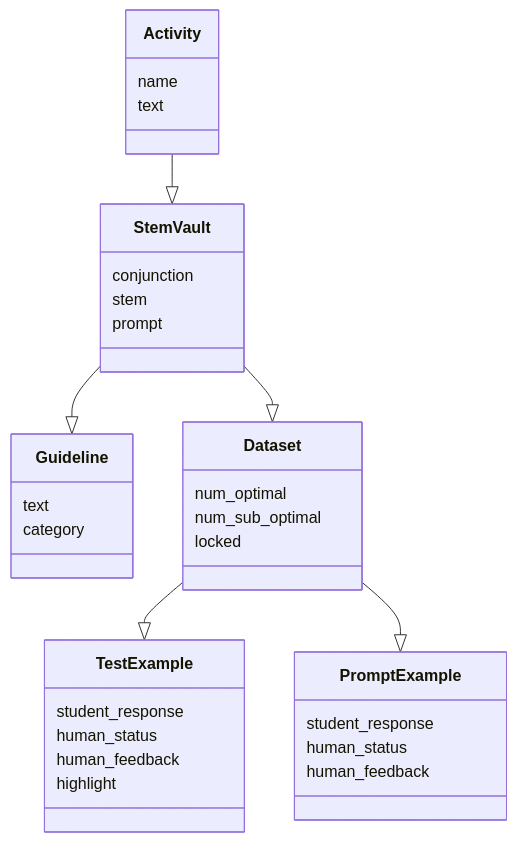
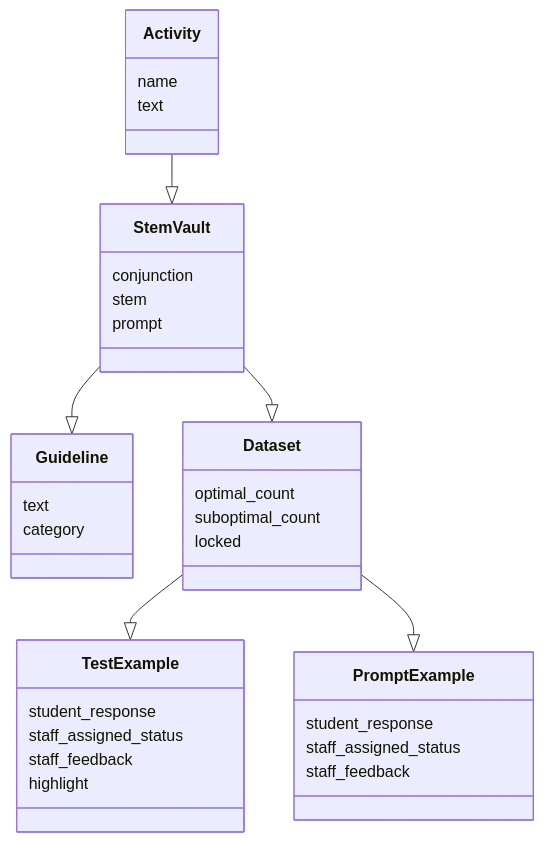
One commit to empirical-org/Empirical-Core changed the first of 4 diagrams in services/QuillLMS/engines/evidence/app/models/evidence/research/readme.md. Above: the diagram before and after it, drawn with Mermaid. The commit also changed other lines of this file and 30 other files, not shown here.

````diff
--- a/services/QuillLMS/engines/evidence/app/models/evidence/research/readme.md
+++ b/services/QuillLMS/engines/evidence/app/models/evidence/research/readme.md
@@ -5,37 +5,37 @@
 ```mermaid
 classDiagram
     class Activity {
          name
          text
     }
     class StemVault {
          conjunction
          stem
          prompt
     }
     class Guideline {
-     text
-     category
+        text
+        category
     }
     class Dataset {
-          num_optimal
-          num_sub_optimal
-          locked
+        optimal_count
+        suboptimal_count
+        locked
     }
     class TestExample {
           student_response
-          human_status
-          human_feedback
+          staff_assigned_status
+          staff_feedback
           highlight
     }
     class PromptExample {
           student_response
-          human_status
-          human_feedback
+          staff_assigned_status
+          staff_feedback
     }
     Activity --|> StemVault
     StemVault --|> Guideline
     StemVault --|> Dataset
     Dataset --|> TestExample
     Dataset --|> PromptExample
 ```
````
